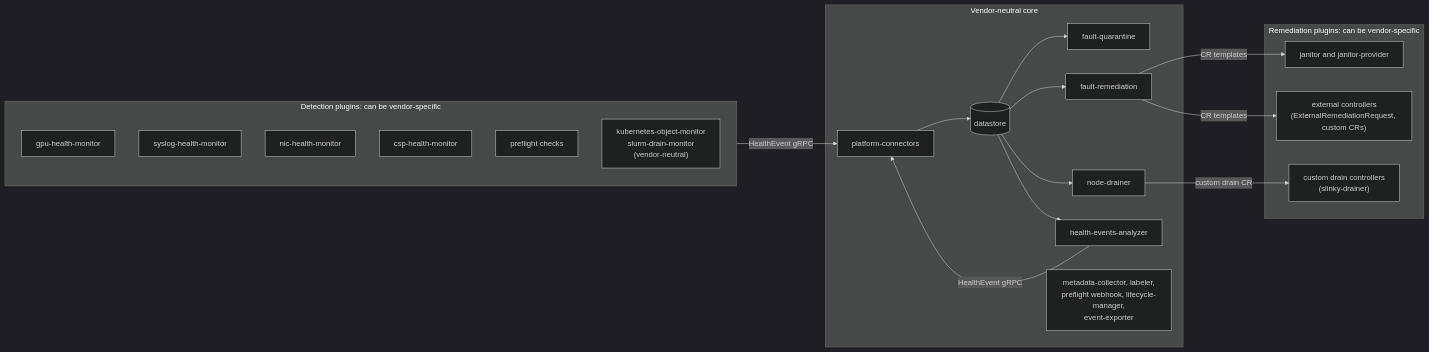
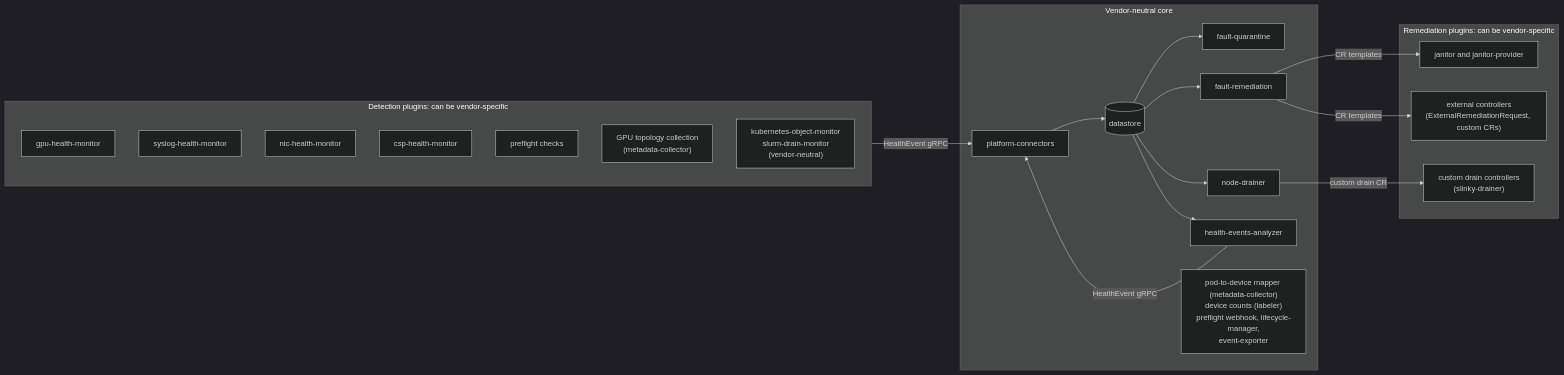
One commit to NVIDIA/NVSentinel changed the diagram in docs/designs/070-vendor-neutral-core.md. Above: the diagram before and after it, drawn with Mermaid (dark theme). The commit also changed other lines of this file, not shown here.

First line of the commit message:
docs(designs): name the core parts of metadata-collector and labeler in ADR-070

````diff
--- a/docs/designs/070-vendor-neutral-core.md
+++ b/docs/designs/070-vendor-neutral-core.md
@@ -124,38 +124,39 @@
 ```mermaid
 flowchart LR
     subgraph detection["Detection plugins: can be vendor-specific"]
         gpu["gpu-health-monitor"]
         syslog["syslog-health-monitor"]
         nic["nic-health-monitor"]
         csp["csp-health-monitor"]
         checks["preflight checks"]
+        topo["GPU topology collection<br/>(metadata-collector)"]
         neutral["kubernetes-object-monitor<br/>slurm-drain-monitor<br/>(vendor-neutral)"]
     end
 
     subgraph core["Vendor-neutral core"]
         pc["platform-connectors"]
         store[("datastore")]
         fq["fault-quarantine"]
         nd["node-drainer"]
         fr["fault-remediation"]
         hea["health-events-analyzer"]
-        aux["metadata-collector, labeler,<br/>preflight webhook, lifecycle-manager,<br/>event-exporter"]
+        aux["pod-to-device mapper (metadata-collector)<br/>device counts (labeler)<br/>preflight webhook, lifecycle-manager,<br/>event-exporter"]
         pc --> store
         store --> fq
         store --> nd
         store --> fr
         store --> hea
     end
 
     subgraph remediation["Remediation plugins: can be vendor-specific"]
         janitor["janitor and janitor-provider"]
         external["external controllers<br/>(ExternalRemediationRequest, custom CRs)"]
         drain["custom drain controllers<br/>(slinky-drainer)"]
     end
 
     detection -- "HealthEvent gRPC" --> pc
     hea -- "HealthEvent gRPC" --> pc
     fr -- "CR templates" --> janitor
     fr -- "CR templates" --> external
     nd -- "custom drain CR" --> drain
 ```
````
